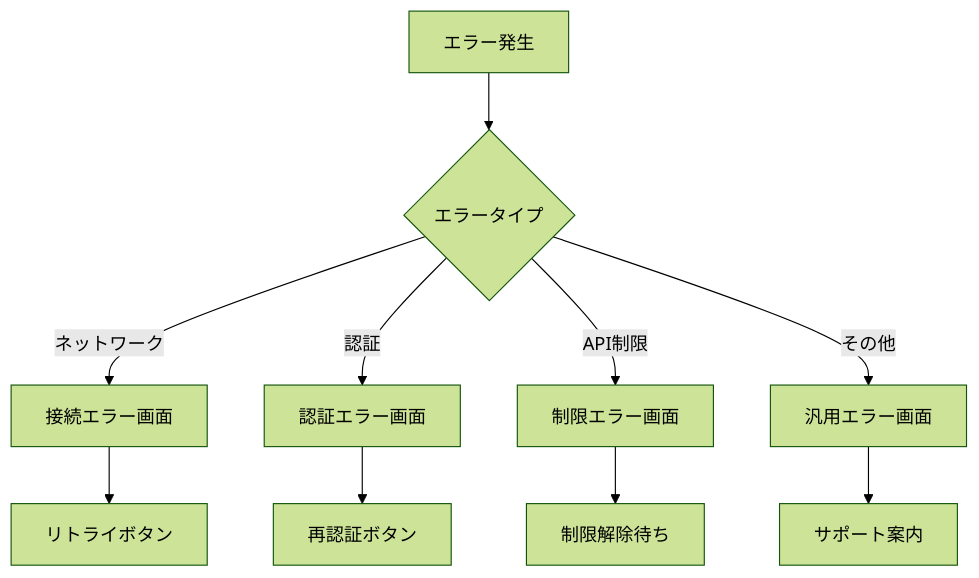
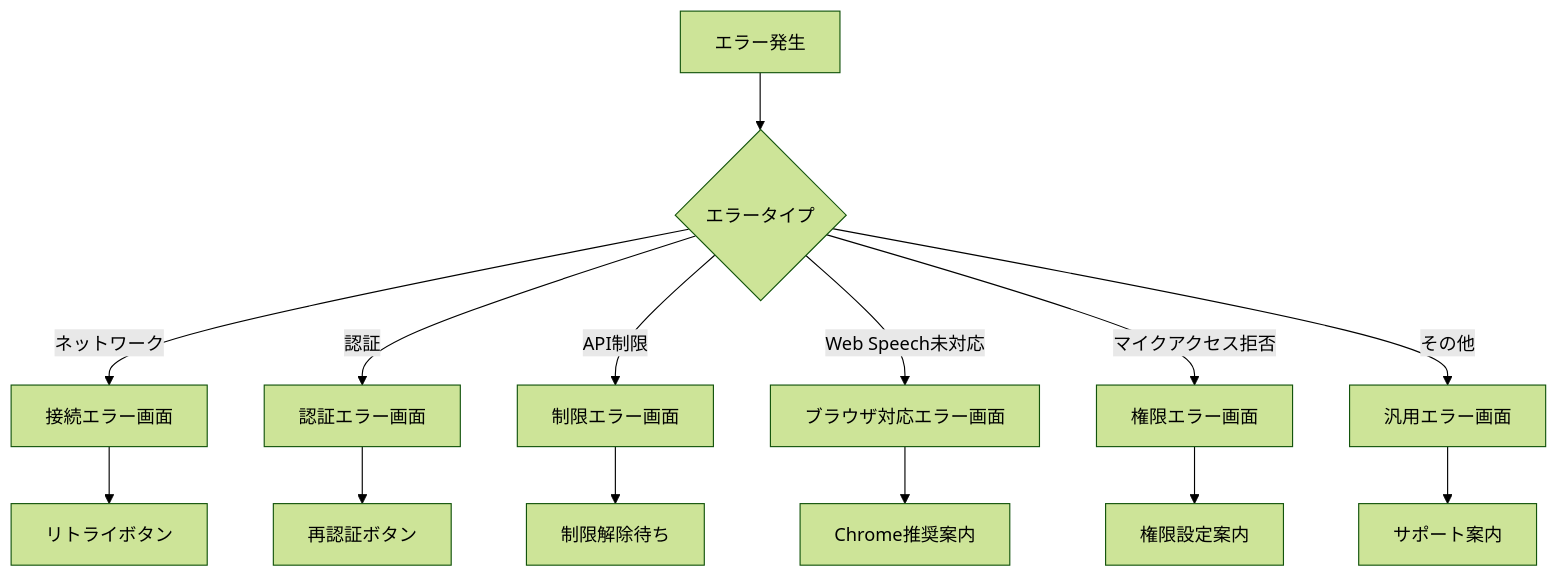
Before and after one commit to tatsuyamiyazaki/video-transcription-chrome-extension: the seventh of 8 diagrams in docs/ui-flow.md, drawn with Mermaid (forest theme). The commit also changed other lines of this file and 5 other files, not shown here.

````diff
--- a/docs/ui-flow.md
+++ b/docs/ui-flow.md
@@ -327,13 +350,17 @@
 ```mermaid
 flowchart TD
     A[エラー発生] --> B{エラータイプ}
     B -->|ネットワーク| C[接続エラー画面]
     B -->|認証| D[認証エラー画面]
     B -->|API制限| E[制限エラー画面]
-    B -->|その他| F[汎用エラー画面]
+    B -->|Web Speech未対応| F[ブラウザ対応エラー画面]
+    B -->|マイクアクセス拒否| G[権限エラー画面]
+    B -->|その他| H[汎用エラー画面]
     
-    C --> G[リトライボタン]
-    D --> H[再認証ボタン]
-    E --> I[制限解除待ち]
-    F --> J[サポート案内]
+    C --> I[リトライボタン]
+    D --> J[再認証ボタン]
+    E --> K[制限解除待ち]
+    F --> L[Chrome推奨案内]
+    G --> M[権限設定案内]
+    H --> N[サポート案内]
 ```
````
